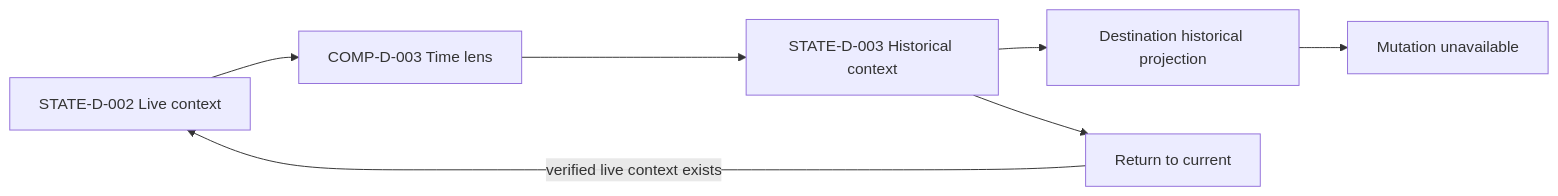
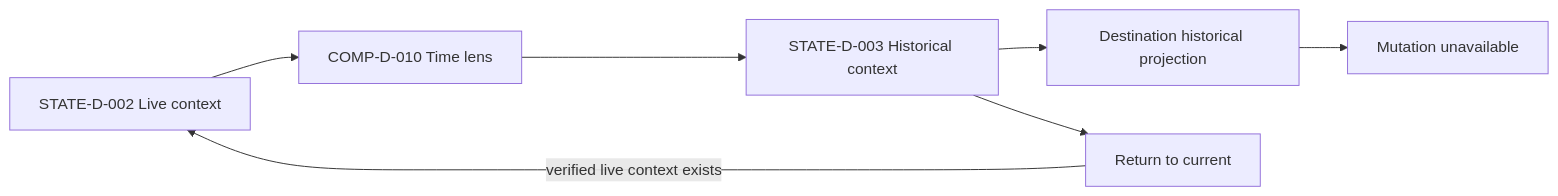
The fourth of 18 diagrams in docs/architecture/mission-control-design/FLOWS.md (Entif-AI/Bilqis), drawn with Mermaid before and after one commit. The commit also changed other lines of this file and 7 other files, not shown here.

Commit message:
docs(mission-control): make atlas target-state flowcharts

````diff
--- a/docs/architecture/mission-control-design/FLOWS.md
+++ b/docs/architecture/mission-control-design/FLOWS.md
@@ -64,9 +64,9 @@
 ```mermaid
 flowchart LR
-  A[STATE-D-002 Live context] --> B[COMP-D-003 Time lens]
+  A[STATE-D-002 Live context] --> B[COMP-D-010 Time lens]
   B --> C[STATE-D-003 Historical context]
   C --> D[Destination historical projection]
   D --> E[Mutation unavailable]
   C --> F[Return to current]
   F -->|verified live context exists| A
 ```
````
